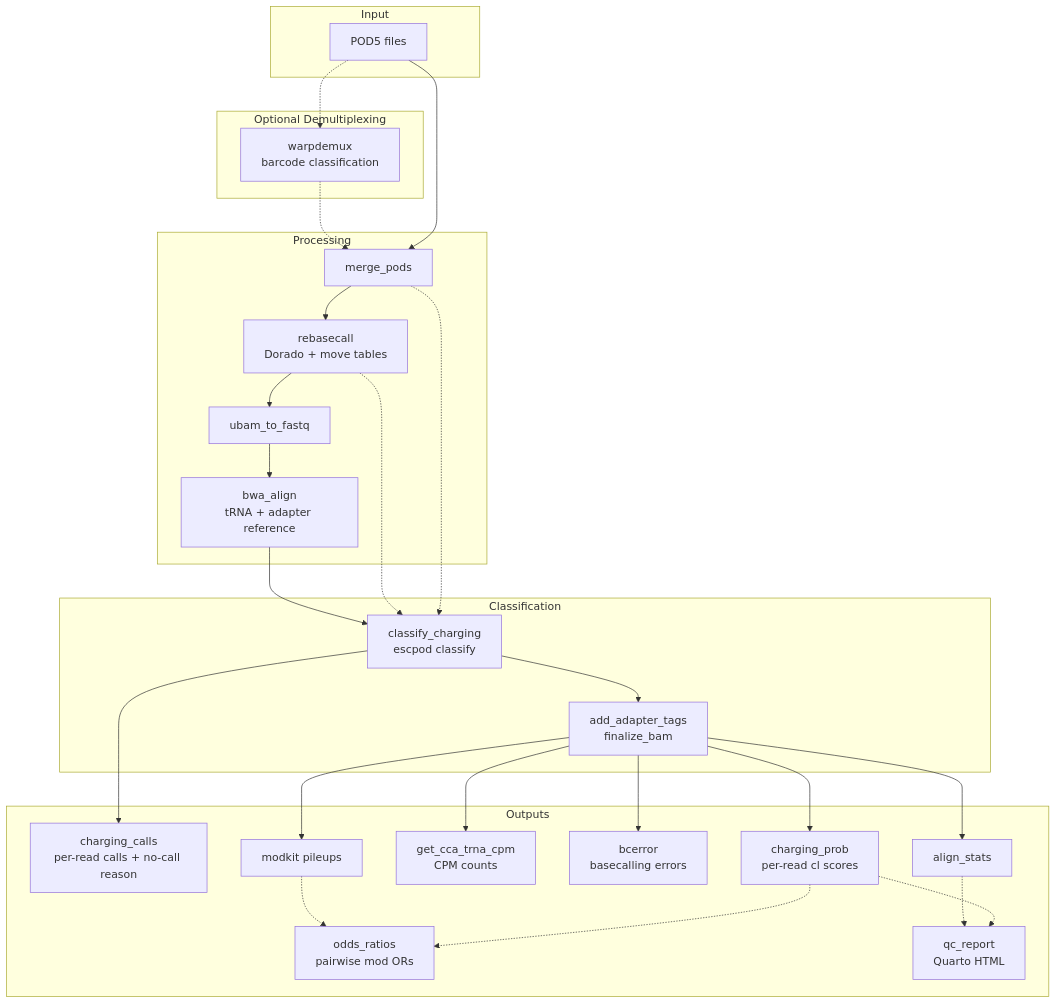
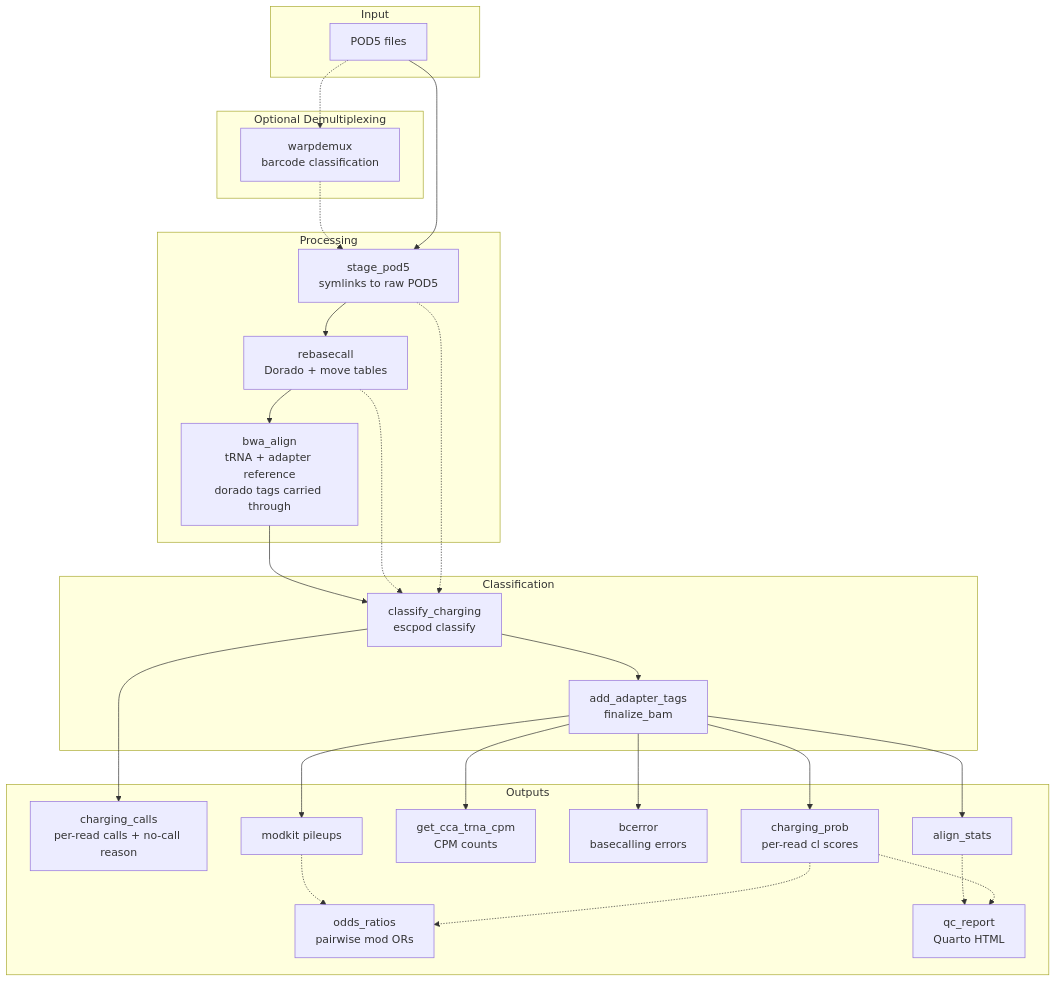
The diagram in README.md (rnabioco/aa-tRNA-seq-pipeline), drawn with Mermaid before and after one commit. The commit also changed 27 other files, not shown here.

First line of the commit message:
perf(process)!: stream dorado tags through bwa and stop copying POD5 (#154)

````diff
--- a/README.md
+++ b/README.md
@@ -96,40 +96,39 @@
 ```mermaid
 flowchart TD
     subgraph Input
         POD5[POD5 files]
     end
 
     subgraph Demux [Optional Demultiplexing]
         W[warpdemux<br/>barcode classification]
     end
 
     subgraph Processing
-        A[merge_pods] --> B[rebasecall<br/>Dorado + move tables]
-        B --> C[ubam_to_fastq]
-        C --> D[bwa_align<br/>tRNA + adapter reference]
+        A[stage_pod5<br/>symlinks to raw POD5] --> B[rebasecall<br/>Dorado + move tables]
+        B --> D[bwa_align<br/>tRNA + adapter reference<br/>dorado tags carried through]
     end
 
     subgraph Classification
         D --> F[classify_charging<br/>escpod classify]
         B -.-> F
         A -.-> F
         F --> G[add_adapter_tags<br/>finalize_bam]
     end
 
     subgraph Outputs
         F --> CC[charging_calls<br/>per-read calls + no-call reason]
         G --> H[charging_prob<br/>per-read cl scores]
         G --> I[get_cca_trna_cpm<br/>CPM counts]
         G --> J[bcerror<br/>basecalling errors]
         G --> K[align_stats]
         G --> L[modkit pileups]
         L -.-> M[odds_ratios<br/>pairwise mod ORs]
         H -.-> M
         K -.-> N[qc_report<br/>Quarto HTML]
         H -.-> N
     end
 
     POD5 -.-> W
     W -.-> A
     POD5 --> A
 ```
````
